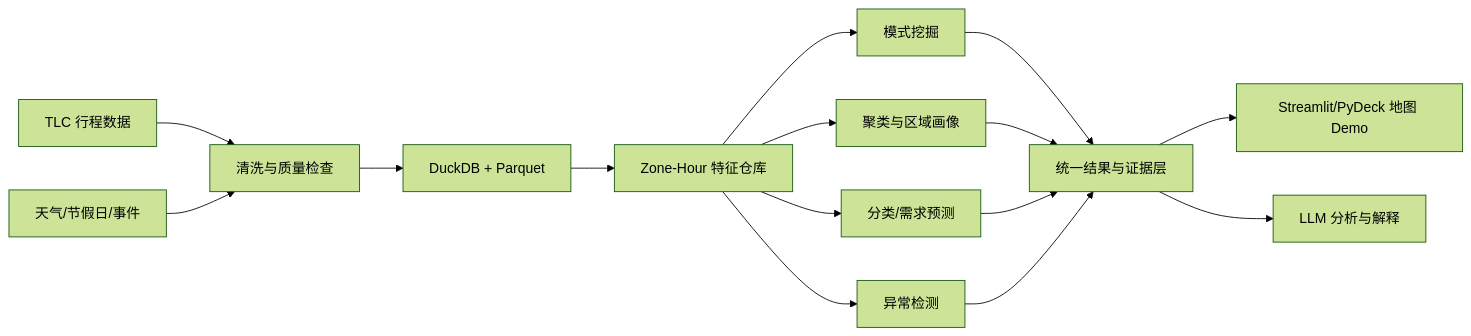
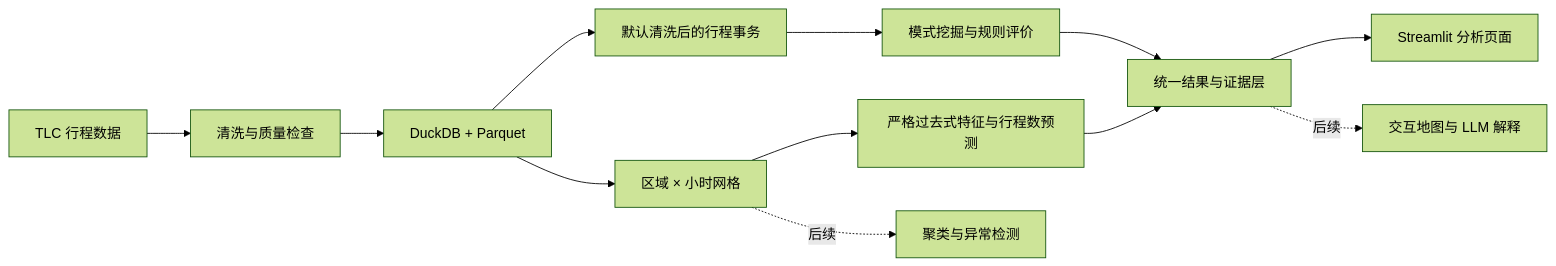
The diagram in PRD.md (NanFeiDeXuMu/dataMining), drawn with Mermaid (forest theme) before and after one commit. The commit also changed other lines of this file and 24 other files, not shown here.

````diff
--- a/PRD.md
+++ b/PRD.md
@@ -46,20 +45,14 @@
 ```mermaid
 flowchart LR
     A[TLC 行程数据] --> C[清洗与质量检查]
-    B[天气/节假日/事件] --> C
     C --> D[DuckDB + Parquet]
-    D --> E[Zone-Hour 特征仓库]
-
-    E --> F[模式挖掘]
-    E --> G[聚类与区域画像]
-    E --> H[分类/需求预测]
-    E --> I[异常检测]
-
+    D --> T[默认清洗后的行程事务]
+    D --> E[区域 × 小时网格]
+    T --> F[模式挖掘与规则评价]
+    E --> H[严格过去式特征与行程数预测]
     F --> J[统一结果与证据层]
-    G --> J
     H --> J
-    I --> J
-
-    J --> K[Streamlit/PyDeck 地图 Demo]
-    J --> L[LLM 分析与解释]
+    J --> K[Streamlit 分析页面]
+    E -. 后续 .-> G[聚类与异常检测]
+    J -. 后续 .-> L[交互地图与 LLM 解释]
 ```
````
